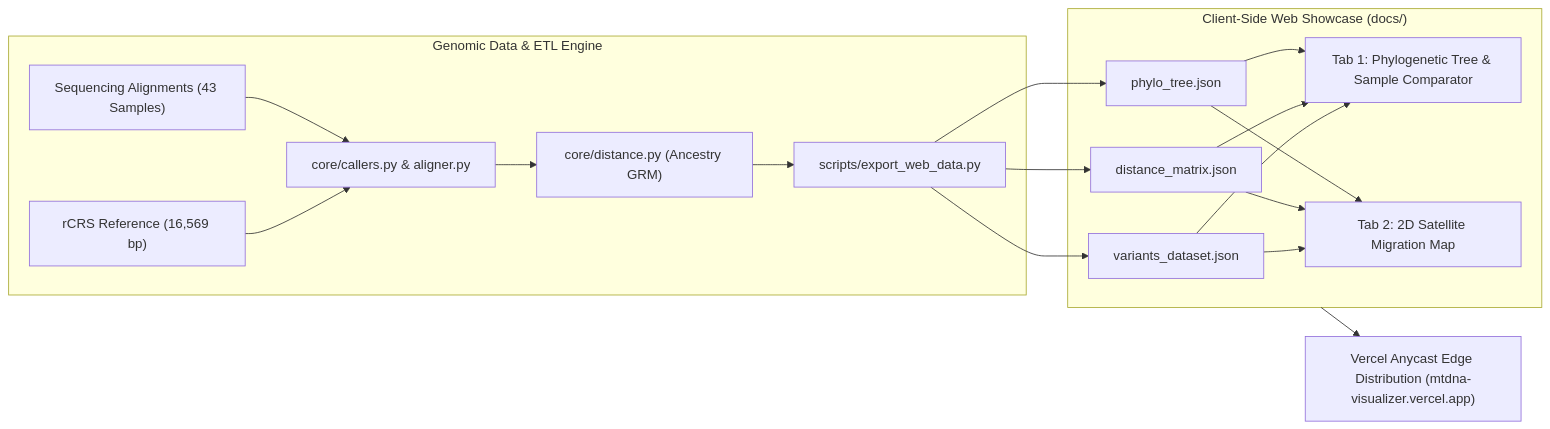
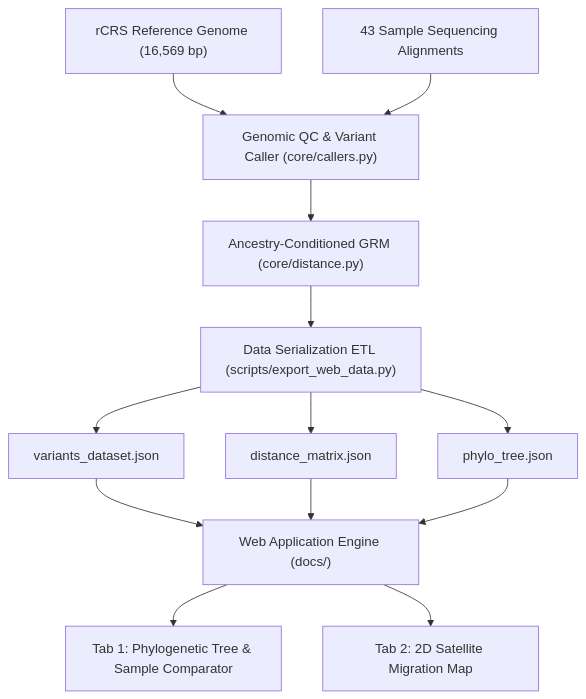
Before and after one commit to nbasok149/genomic-mito-showcase: the diagram in README.md, drawn with Mermaid. The commit also changed other lines of this file and 6 other files, not shown here.

Commit message:
fix(readme): Fix Mermaid diagram syntax for GitHub markdown rich display and eliminate all emojis from entire repository

````diff
--- a/README.md
+++ b/README.md
@@ -21,20 +21,18 @@
 ```mermaid
-flowchart LR
-    subgraph DataEngine ["Genomic Data & ETL Engine"]
-        FA["rCRS Reference (16,569 bp)"] --> Core["core/callers.py & aligner.py"]
-        RAW["Sequencing Alignments (43 Samples)"] --> Core
-        Core --> DM["core/distance.py (Ancestry GRM)"]
-        DM --> ETL["scripts/export_web_data.py"]
-    end
-
-    subgraph WebShowcase ["Client-Side Web Showcase (docs/)"]
-        ETL --> JSON1["variants_dataset.json"]
-        ETL --> JSON2["distance_matrix.json"]
-        ETL --> JSON3["phylo_tree.json"]
-        
-        JSON1 & JSON2 & JSON3 --> Tree["Tab 1: Phylogenetic Tree & Sample Comparator"]
-        JSON1 & JSON2 & JSON3 --> Map["Tab 2: 2D Satellite Migration Map"]
-    end
-
-    WebShowcase --> Vercel["Vercel Anycast Edge Distribution (mtdna-visualizer.vercel.app)"]
+flowchart TD
+    FA["rCRS Reference Genome (16,569 bp)"] --> Core["Genomic QC & Variant Caller (core/callers.py)"]
+    RAW["43 Sample Sequencing Alignments"] --> Core
+    Core --> DM["Ancestry-Conditioned GRM (core/distance.py)"]
+    DM --> ETL["Data Serialization ETL (scripts/export_web_data.py)"]
+    
+    ETL --> J1["variants_dataset.json"]
+    ETL --> J2["distance_matrix.json"]
+    ETL --> J3["phylo_tree.json"]
+    
+    J1 --> WebApp["Web Application Engine (docs/)"]
+    J2 --> WebApp
+    J3 --> WebApp
+    
+    WebApp --> Tab1["Tab 1: Phylogenetic Tree & Sample Comparator"]
+    WebApp --> Tab2["Tab 2: 2D Satellite Migration Map"]
 ```
````
